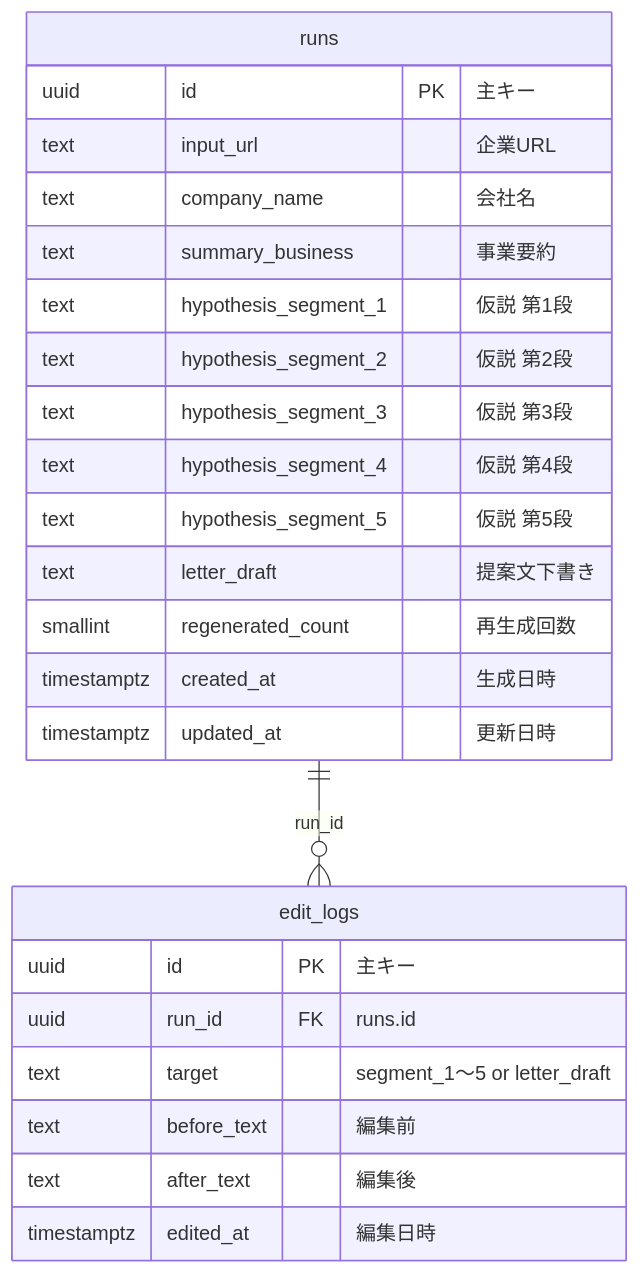
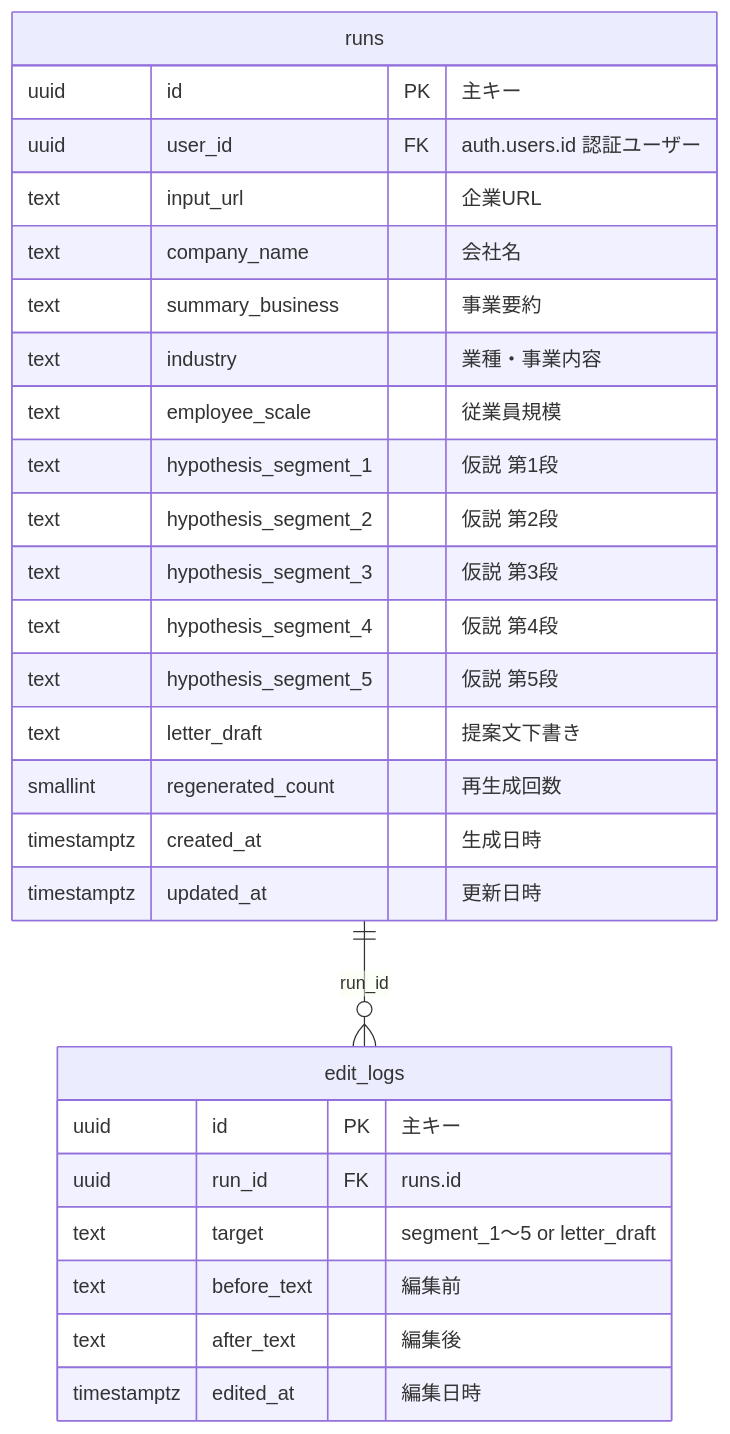
The second of 2 diagrams in README.md (Kamon-Tahara-504/HypoFrame), drawn with Mermaid before and after one commit. The commit also changed other lines of this file and 2 other files, not shown here.

````diff
--- a/README.md
+++ b/README.md
@@ -101,27 +101,30 @@
 ```mermaid
 erDiagram
     runs ||--o{ edit_logs : "run_id"
     runs {
         uuid id PK "主キー"
+        uuid user_id FK "auth.users.id 認証ユーザー"
         text input_url "企業URL"
         text company_name "会社名"
         text summary_business "事業要約"
+        text industry "業種・事業内容"
+        text employee_scale "従業員規模"
         text hypothesis_segment_1 "仮説 第1段"
         text hypothesis_segment_2 "仮説 第2段"
         text hypothesis_segment_3 "仮説 第3段"
         text hypothesis_segment_4 "仮説 第4段"
         text hypothesis_segment_5 "仮説 第5段"
         text letter_draft "提案文下書き"
         smallint regenerated_count "再生成回数"
         timestamptz created_at "生成日時"
         timestamptz updated_at "更新日時"
     }
     edit_logs {
         uuid id PK "主キー"
         uuid run_id FK "runs.id"
         text target "segment_1〜5 or letter_draft"
         text before_text "編集前"
         text after_text "編集後"
         timestamptz edited_at "編集日時"
     }
 ```
````
